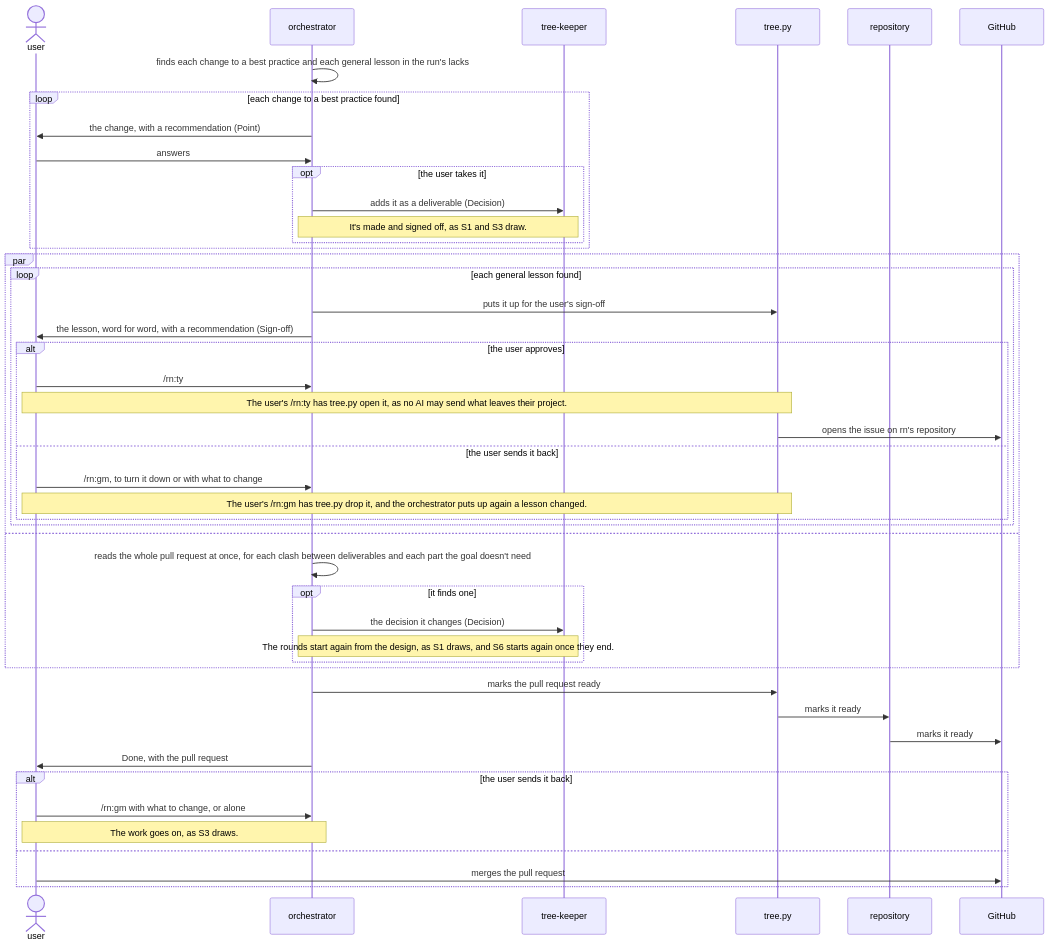
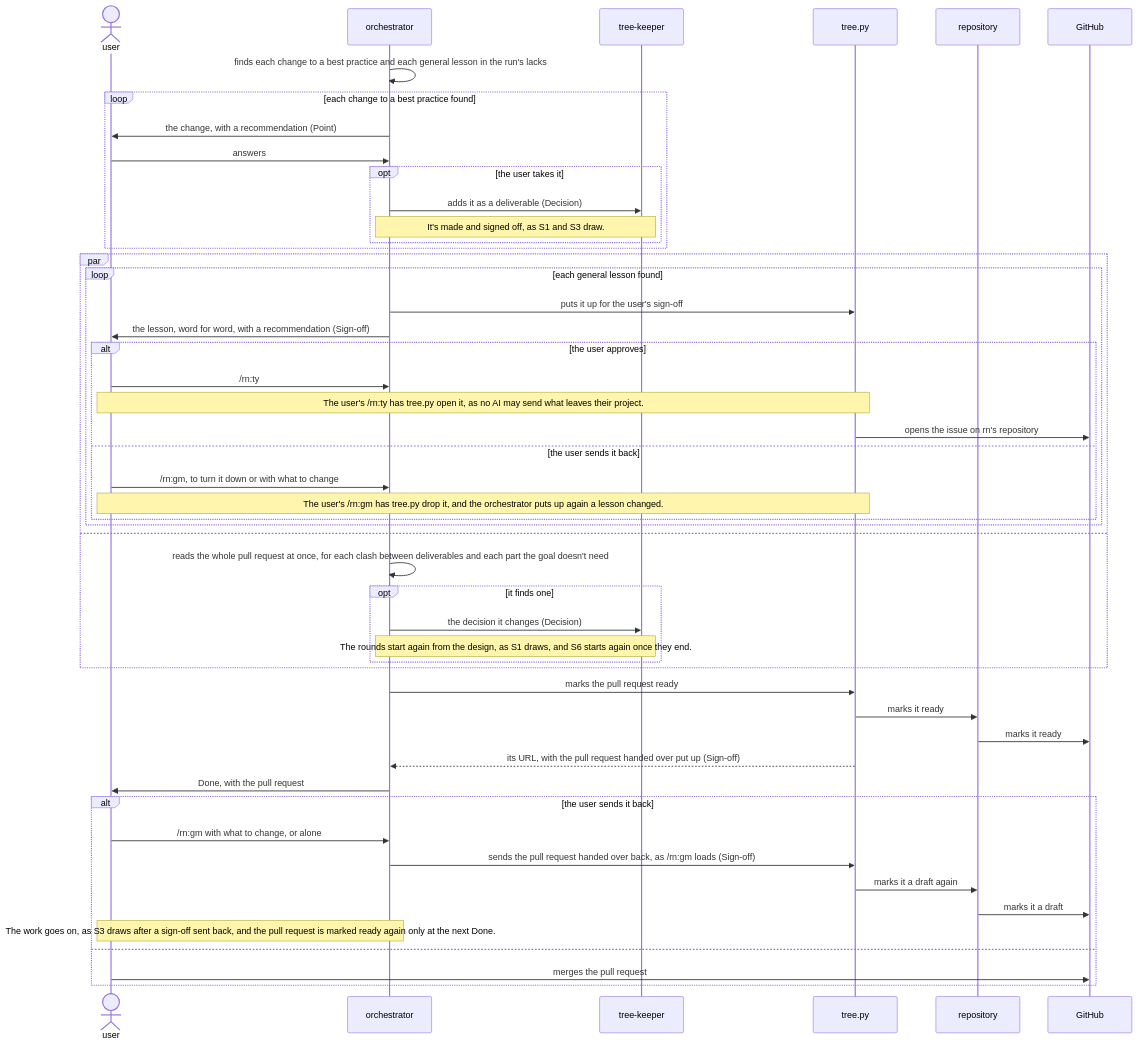
Before and after one commit to lovaizu/ccpm: the sixth of 6 diagrams in dev/rn/architecture.md, drawn with Mermaid. The commit also changed other lines of this file and 34 other files, not shown here.

````diff
--- a/dev/rn/architecture.md
+++ b/dev/rn/architecture.md
@@ -448,48 +501,52 @@
 ```mermaid
 sequenceDiagram
   actor U as user
   participant O as orchestrator
   participant K as tree-keeper
   participant T as tree.py
   participant RP as repository
   participant GH as GitHub
   O->>O: finds each change to a best practice and each general lesson in the run's lacks
   loop each change to a best practice found
     O->>U: the change, with a recommendation (Point)
     U->>O: answers
     opt the user takes it
       O->>K: adds it as a deliverable (Decision)
       Note over O,K: It's made and signed off, as S1 and S3 draw.
     end
   end
   par
     loop each general lesson found
       O->>T: puts it up for the user's sign-off
       O->>U: the lesson, word for word, with a recommendation (Sign-off)
       alt the user approves
         U->>O: /rn:ty
         Note over U,T: The user's /rn:ty has tree.py open it, as no AI may send what leaves their project.
         T->>GH: opens the issue on rn's repository
       else the user sends it back
         U->>O: /rn:gm, to turn it down or with what to change
         Note over U,T: The user's /rn:gm has tree.py drop it, and the orchestrator puts up again a lesson changed.
       end
     end
   and
     O->>O: reads the whole pull request at once, for each clash between deliverables and each part the goal doesn't need
     opt it finds one
       O->>K: the decision it changes (Decision)
       Note over O,K: The rounds start again from the design, as S1 draws, and S6 starts again once they end.
     end
   end
   O->>T: marks the pull request ready
   T->>RP: marks it ready
   RP->>GH: marks it ready
+  T-->>O: its URL, with the pull request handed over put up (Sign-off)
   O->>U: Done, with the pull request
   alt the user sends it back
     U->>O: /rn:gm with what to change, or alone
-    Note over U,O: The work goes on, as S3 draws.
+    O->>T: sends the pull request handed over back, as /rn:gm loads (Sign-off)
+    T->>RP: marks it a draft again
+    RP->>GH: marks it a draft
+    Note over U,O: The work goes on, as S3 draws after a sign-off sent back, and the pull request is marked ready again only at the next Done.
   else
     U->>GH: merges the pull request
   end
 ```
````
